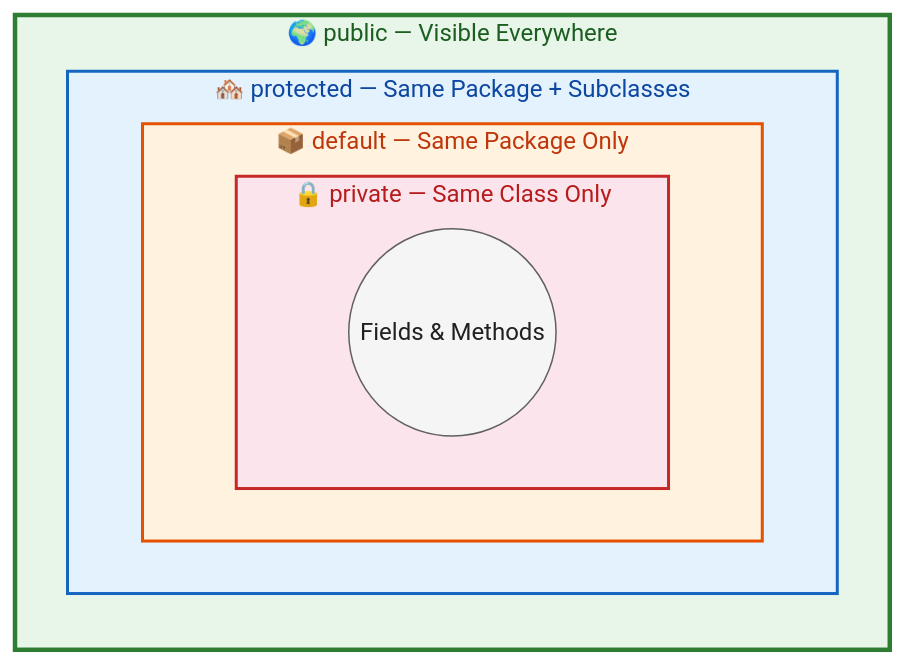
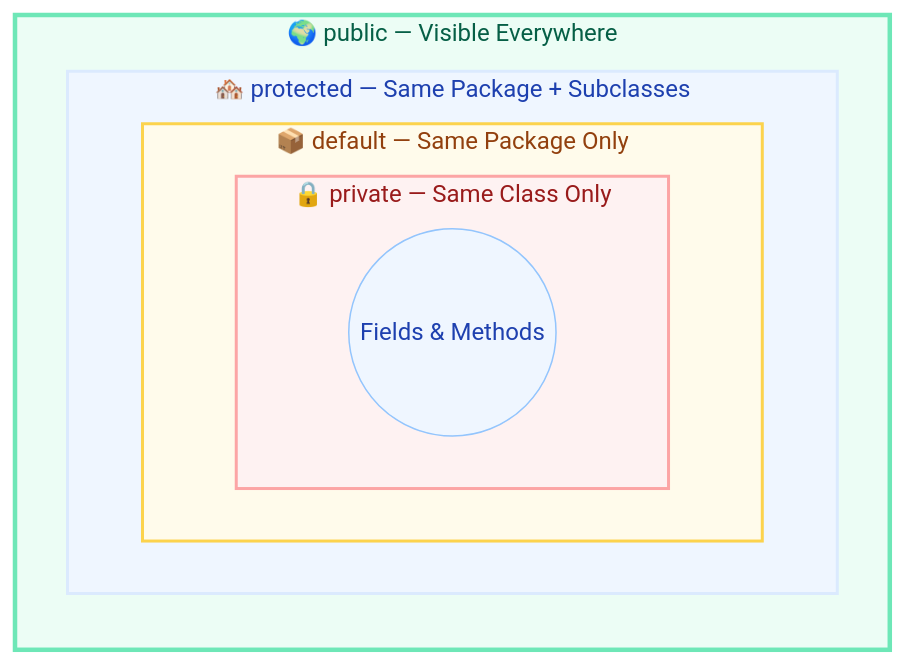
Before and after one commit to saivamsikaruturi/vamsilabs-dev-notes-main: the first of 3 diagrams in docs/java/AccessModifiers.md, drawn with Mermaid. The commit also changed other lines of this file and 220 other files, not shown here.

First line of the commit message:
Add 50+ new Java/Spring Boot pages, rewrite CSS code blocks to Oracle style, fix all diagram colors

````diff
--- a/docs/java/AccessModifiers.md
+++ b/docs/java/AccessModifiers.md
@@ -9,18 +9,18 @@
 ```mermaid
 flowchart LR
     subgraph PUBLIC["🌍 public — Visible Everywhere"]
         subgraph PROTECTED["🏘️ protected — Same Package + Subclasses"]
             subgraph DEFAULT["📦 default — Same Package Only"]
                 subgraph PRIVATE["🔒 private — Same Class Only"]
                     P(("Fields & Methods"))
                 end
             end
         end
     end
 
-    style PUBLIC fill:#E8F5E9,stroke:#2E7D32,stroke-width:3px,color:#1B5E20
-    style PROTECTED fill:#E3F2FD,stroke:#1565C0,stroke-width:2px,color:#0D47A1
-    style DEFAULT fill:#FFF3E0,stroke:#E65100,stroke-width:2px,color:#BF360C
-    style PRIVATE fill:#FCE4EC,stroke:#C62828,stroke-width:2px,color:#B71C1C
-    style P fill:#F5F5F5,stroke:#616161,color:#212121
+    style PUBLIC fill:#ECFDF5,stroke:#6EE7B7,stroke-width:3px,color:#065F46
+    style PROTECTED fill:#EFF6FF,stroke:#DBEAFE,stroke-width:2px,color:#1E40AF
+    style DEFAULT fill:#FFFBEB,stroke:#FCD34D,stroke-width:2px,color:#92400E
+    style PRIVATE fill:#FEF2F2,stroke:#FCA5A5,stroke-width:2px,color:#991B1B
+    style P fill:#EFF6FF,stroke:#93C5FD,color:#1E40AF
 ```
````
